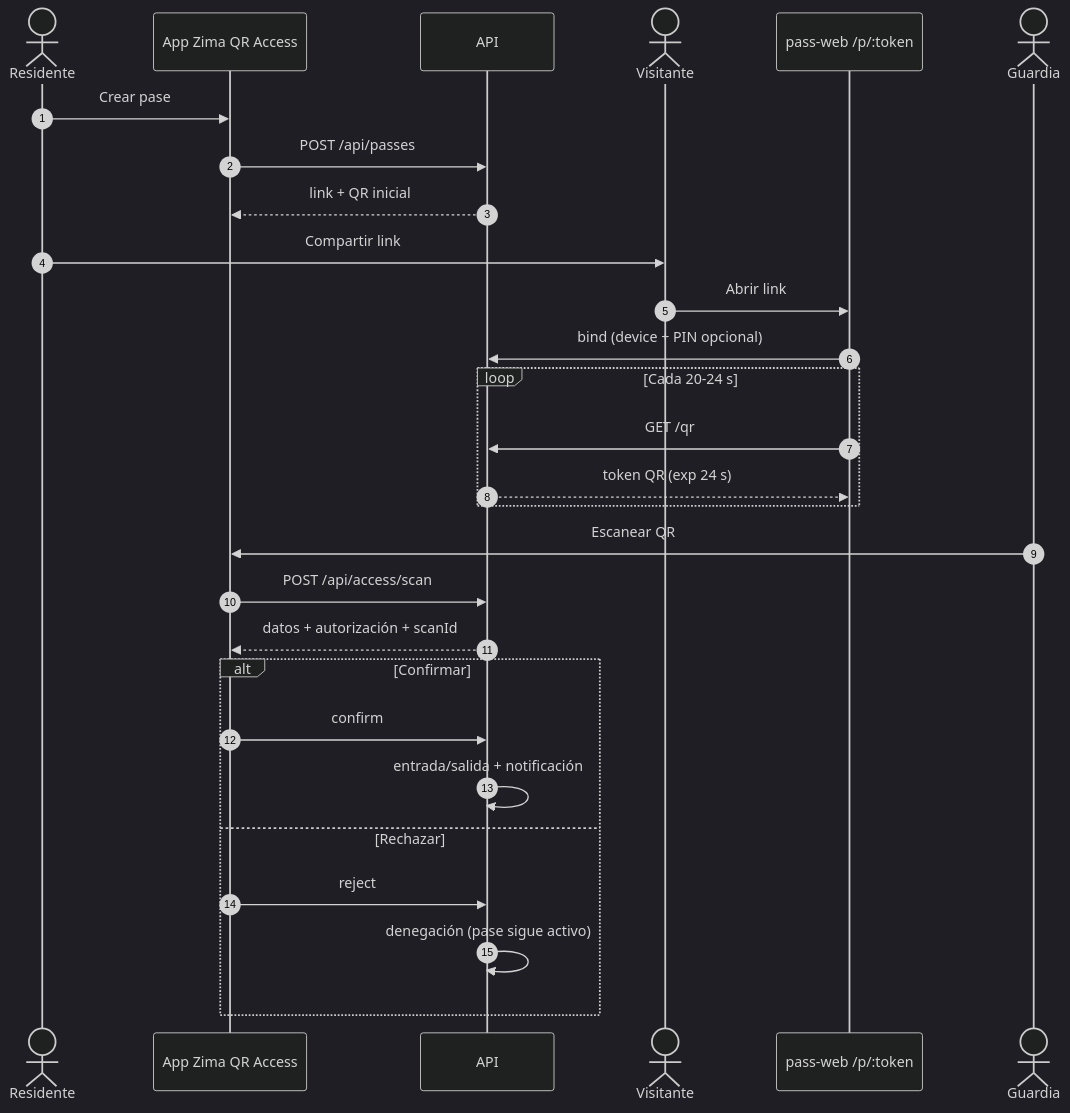
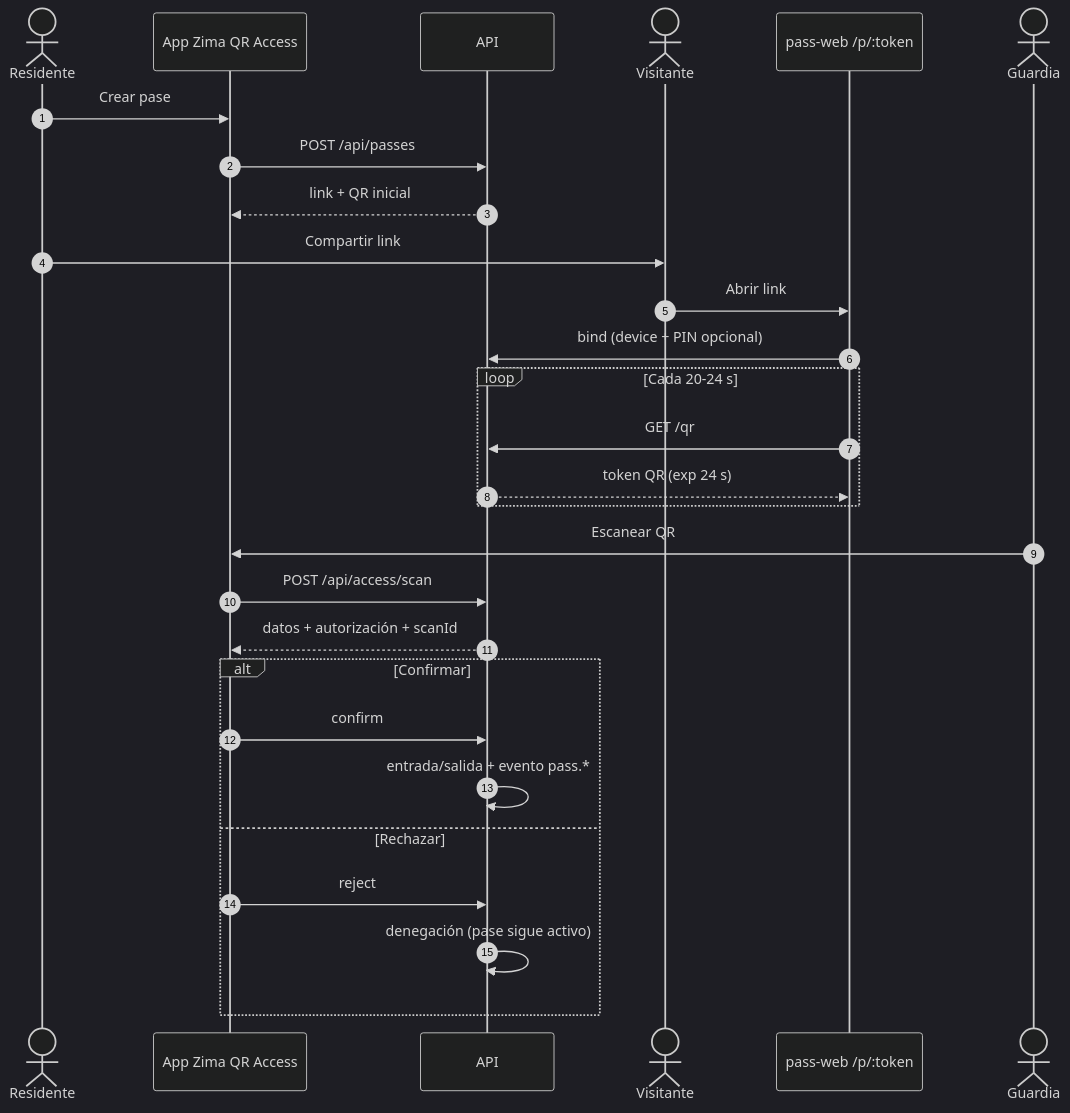
Before and after one commit to josephoney/porteria-virtual: the second of 2 diagrams in openspec/changes/add-dynamic-qr-access/design.md, drawn with Mermaid (dark theme). The commit also changed other lines of this file and 149 other files, not shown here.

````diff
--- a/openspec/changes/add-dynamic-qr-access/design.md
+++ b/openspec/changes/add-dynamic-qr-access/design.md
@@ -213,31 +261,31 @@
 ```mermaid
 sequenceDiagram
   autonumber
   actor R as Residente
   participant APP as App Zima QR Access
   participant API as API
   actor V as Visitante
   participant WEB as pass-web /p/:token
   actor G as Guardia
 
   R->>APP: Crear pase
   APP->>API: POST /api/passes
   API-->>APP: link + QR inicial
   R->>V: Compartir link
   V->>WEB: Abrir link
   WEB->>API: bind (device + PIN opcional)
   loop Cada 20-24 s
     WEB->>API: GET /qr
     API-->>WEB: token QR (exp 24 s)
   end
   G->>APP: Escanear QR
   APP->>API: POST /api/access/scan
   API-->>APP: datos + autorización + scanId
   alt Confirmar
     APP->>API: confirm
-    API->>API: entrada/salida + notificación
+    API->>API: entrada/salida + evento pass.*
   else Rechazar
     APP->>API: reject
     API->>API: denegación (pase sigue activo)
   end
 ```
````
